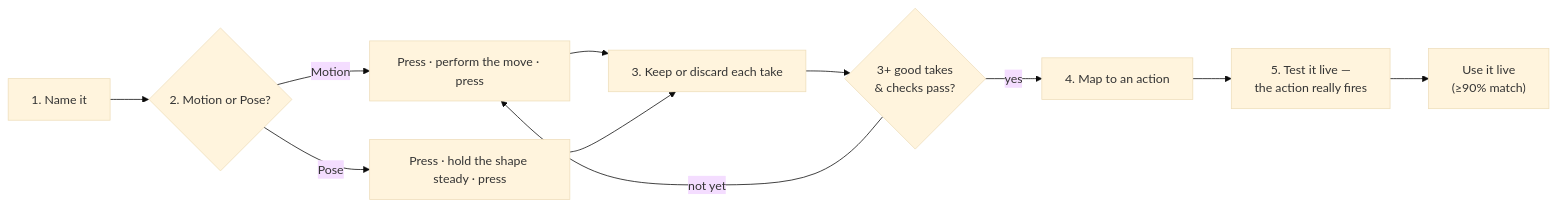
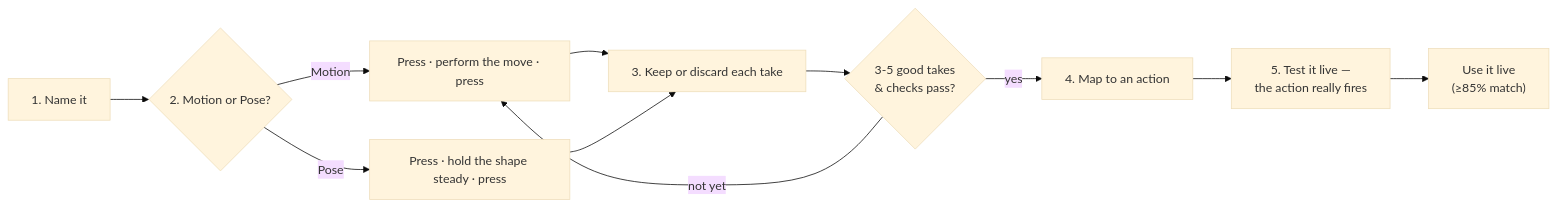
The second of 2 diagrams in README.md (rajdeeepm/AirControl), drawn with Mermaid (base theme) before and after one commit. The commit also changed other lines of this file and 1 other file, not shown here.

First line of the commit message:
docs: document the 3-5 take range, the 85% floor, and why takes should vary

````diff
--- a/README.md
+++ b/README.md
@@ -155,13 +155,13 @@
 ```mermaid
 flowchart LR
     A["1. Name it"] --> B{"2. Motion or Pose?"}
     B -->|Motion| C["Press · perform the move · press"]
     B -->|Pose| D["Press · hold the shape steady · press"]
     C --> E["3. Keep or discard each take"]
     D --> E
-    E --> F{"3+ good takes<br/>& checks pass?"}
+    E --> F{"3-5 good takes<br/>& checks pass?"}
     F -->|not yet| C
     F -->|yes| G["4. Map to an action"]
     G --> I["5. Test it live —<br/>the action really fires"]
-    I --> H["Use it live<br/>(≥90% match)"]
+    I --> H["Use it live<br/>(≥85% match)"]
 ```
````
